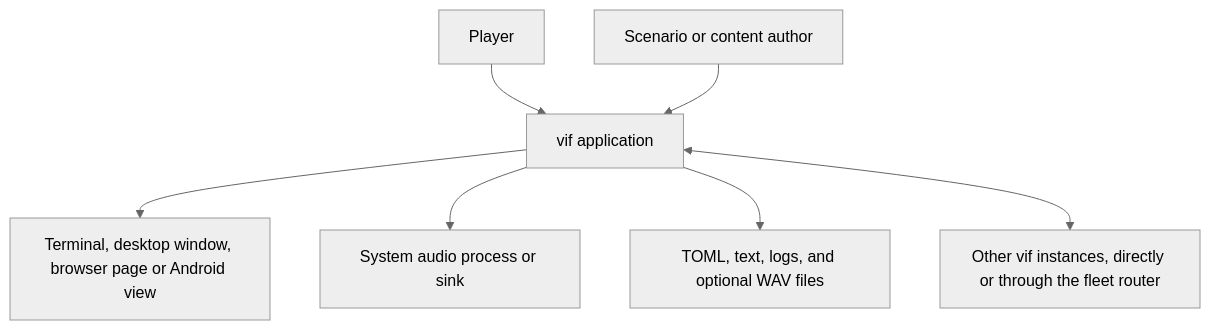
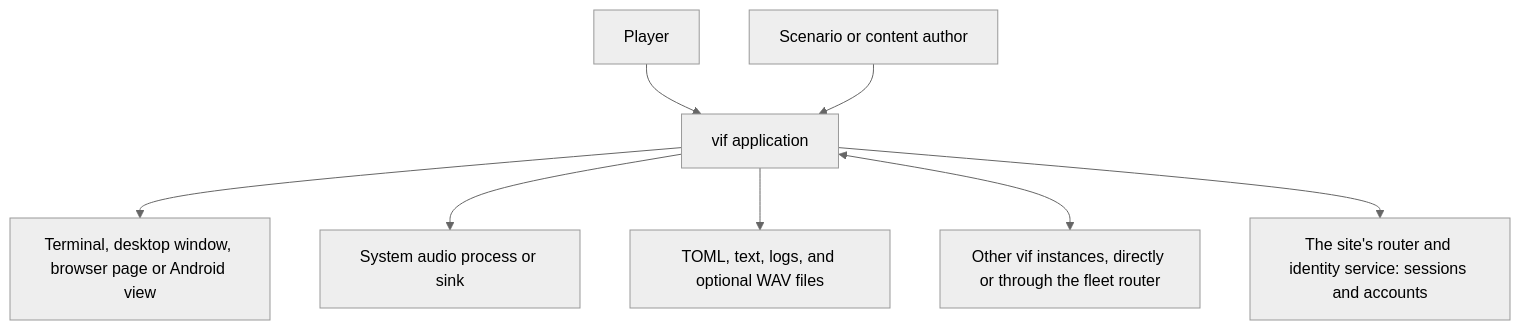
One commit to lixenwraith/vif changed the first of 3 diagrams in doc/architecture.md. Above: the diagram before and after it, drawn with Mermaid (neutral theme). The commit also changed other lines of this file and 13 other files, not shown here.

````diff
--- a/doc/architecture.md
+++ b/doc/architecture.md
@@ -17,9 +17,10 @@
 ```mermaid
 flowchart TD
     Player["Player"] --> App["vif application"]
     Author["Scenario or content author"] --> App
     App --> Presentation["Terminal, desktop window, browser page or Android view"]
     App --> Audio["System audio process or sink"]
     App --> Files["TOML, text, logs, and optional WAV files"]
     App <--> Peers["Other vif instances, directly or through the fleet router"]
+    App --> Site["The site's router and identity service: sessions and accounts"]
 ```
````
